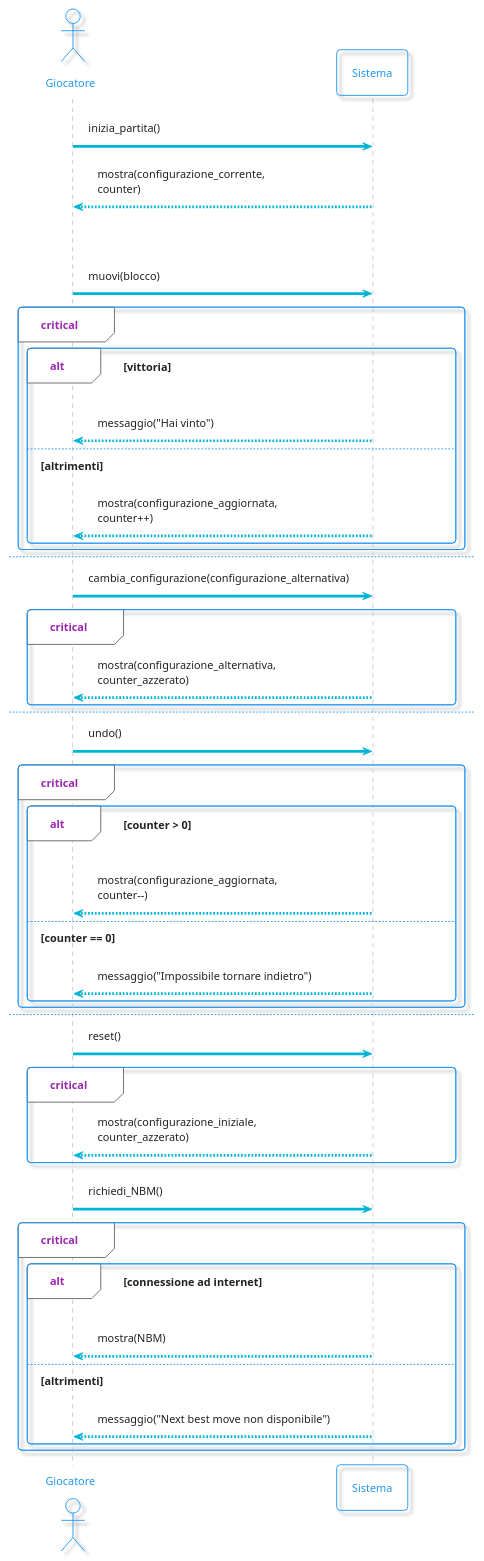
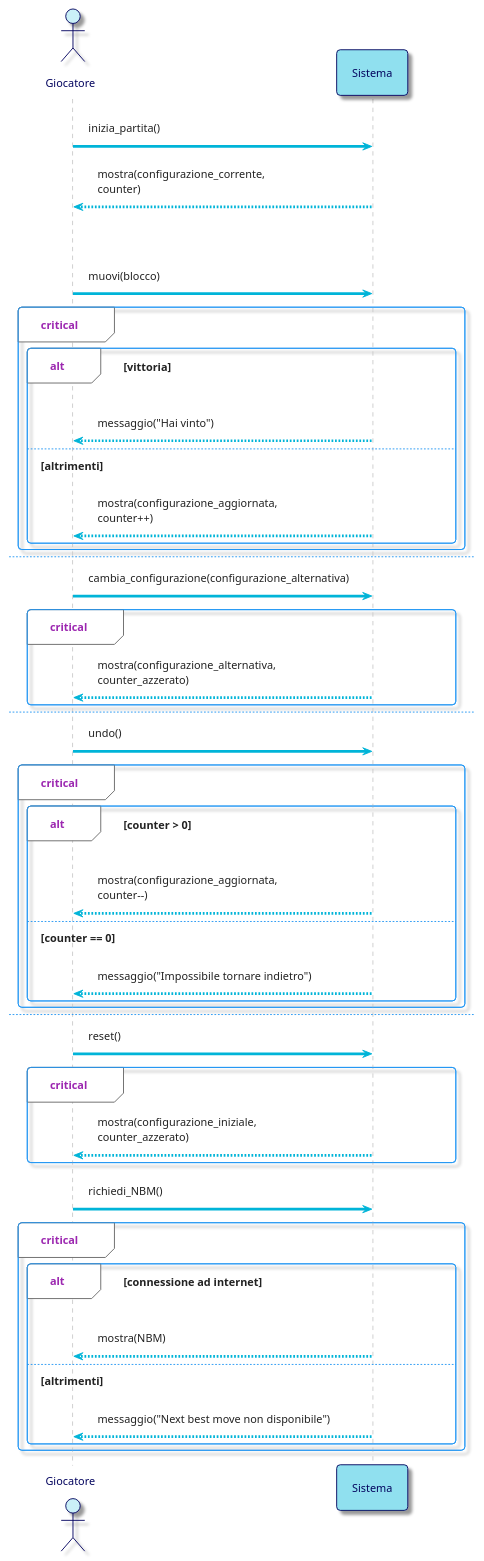
Before and after one commit to bellins14/klotski_gruppo2: the first of 8 diagrams in resources/Sequence_Diagrams.md, drawn with PlantUML.

````diff
--- a/resources/Sequence_Diagrams.md
+++ b/resources/Sequence_Diagrams.md
@@ -5,64 +5,71 @@
 ```plantuml
 @startuml
 !theme materia-outline
 
 skinparam ArrowColor #00B4D8
 skinparam BackgroundColor #FFFFFF
+skinparam ArrowColor #00B4D8
+skinparam ActorBorderColor #03045E
+skinparam ActorFontColor #03045E
+skinparam ActorBackgroundColor #CAF0F8
+skinparam ParticipantFontColor #03045E
+skinparam ParticipantBorderColor #03045E
+skinparam ParticipantBackgroundColor #90E0EF
 
 actor Giocatore
 participant Sistema
 
 Giocatore -> Sistema: inizia_partita()
 Sistema --> Giocatore: mostra(configurazione_corrente,\ncounter)
 
 par
     Giocatore -> Sistema: muovi(blocco)
     
     critical 
       alt vittoria
         Sistema --> Giocatore: messaggio("Hai vinto")
 
       else altrimenti
         Sistema --> Giocatore: mostra(configurazione_aggiornata,\ncounter++)
       end
     end
     
 else 
     Giocatore -> Sistema: cambia_configurazione(configurazione_alternativa)
     
     critical 
       Sistema --> Giocatore: mostra(configurazione_alternativa,\ncounter_azzerato)
     end
 
 else 
     Giocatore -> Sistema: undo()
     
     critical 
       alt counter > 0 
         Sistema --> Giocatore: mostra(configurazione_aggiornata,\ncounter--)
         
       else counter == 0
         Sistema --> Giocatore: messaggio("Impossibile tornare indietro")
       end
     end
     
 else 
     Giocatore -> Sistema: reset()
     
     critical 
       Sistema --> Giocatore: mostra(configurazione_iniziale,\ncounter_azzerato)
     end
 
 else 
     Giocatore -> Sistema: richiedi_NBM()
     
     critical 
       alt connessione ad internet
         Sistema --> Giocatore: mostra(NBM)
         
       else altrimenti
         Sistema --> Giocatore: messaggio("Next best move non disponibile")
     end
 end
 @enduml
 ```
````
